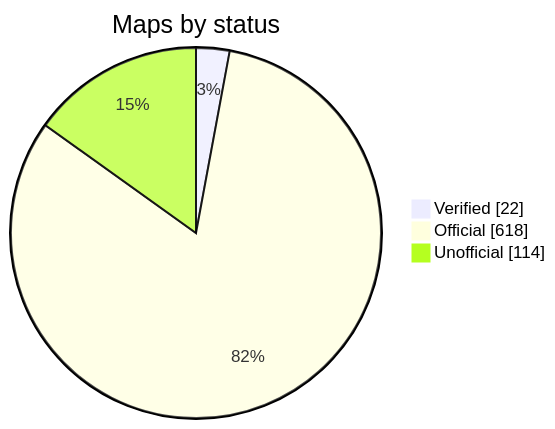
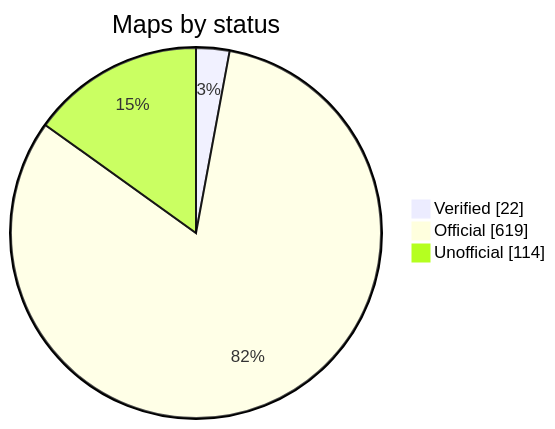
Before and after one commit to nobrega8/mbmap-library: the diagram in README.md, drawn with Mermaid. The commit also changed 6 other files, not shown here.

````diff
--- a/README.md
+++ b/README.md
@@ -52,7 +52,7 @@
 ```mermaid
 pie showData
     title Maps by status
     "Verified" : 22
-    "Official" : 618
+    "Official" : 619
     "Unofficial" : 114
 ```
````
